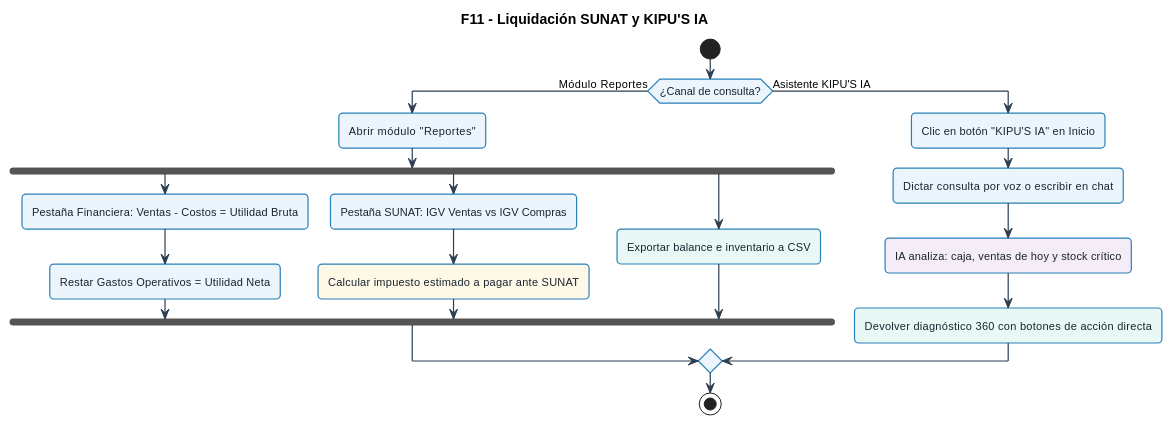
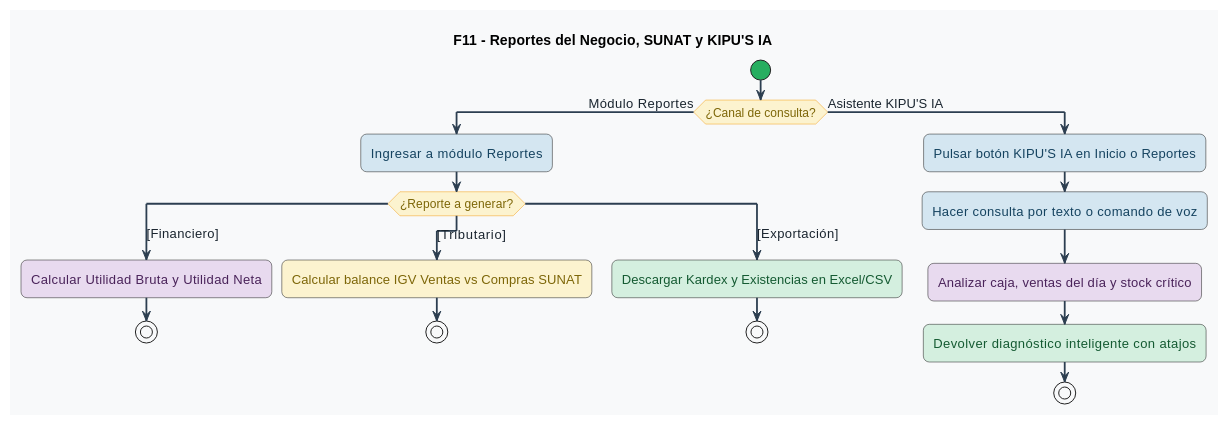
Diagram 11 of 11 in docs/UML-flujos/flujos-consolidados-kipu.md (xmenil/ERP-KIPUS), drawn with PlantUML before and after one commit. The commit also changed other lines of this file and 23 other files, not shown here.

Commit message:
docs: actualizar diagramas PlantUML estilo Bizagi BPMN y corregir advertencias de sintaxis

````diff
--- a/docs/UML-flujos/flujos-consolidados-kipu.md
+++ b/docs/UML-flujos/flujos-consolidados-kipu.md
@@ -662,51 +867,76 @@
 ```plantuml
 @startuml
+<style>
+activityDiagram {
+  BackgroundColor #F8F9FA
+  BorderColor #2C3E50
+  FontColor #1A252F
+  FontSize 13
+  FontName "Segoe UI", Arial, sans-serif
+  RoundCorner 12
+  Padding 10
+  Margin 8
+
+  .verde {
+    BackgroundColor #D4EFDF
+    BorderColor #27AE60
+    FontColor #145A32
+  }
+  .amarillo {
+    BackgroundColor #FCF3CF
+    BorderColor #F39C12
+    FontColor #7D6608
+  }
+  .azul {
+    BackgroundColor #D4E6F1
+    BorderColor #2980B9
+    FontColor #154360
+  }
+  .morado {
+    BackgroundColor #E8DAEF
+    BorderColor #8E44AD
+    FontColor #4A235A
+  }
+  .rojo {
+    BackgroundColor #FADBD8
+    BorderColor #C0392B
+    FontColor #78281F
+  }
+}
+</style>
+
 skinparam defaultFontName "Segoe UI", Arial, sans-serif
-skinparam defaultFontSize 11
-skinparam roundCorner 8
-skinparam shadowing false
 skinparam ArrowColor #2C3E50
-skinparam ArrowThickness 1.2
+skinparam ArrowThickness 1.8
+skinparam activityStartColor #27AE60
+skinparam activityEndColor #C0392B
+skinparam activityDiamondBackgroundColor #FCF3CF
+skinparam activityDiamondBorderColor #F39C12
+skinparam activityDiamondFontColor #7D6608
+skinparam activityDiamondFontSize 12
 
-skinparam activity {
-  BackgroundColor #EBF5FB
-  BorderColor #2980B9
-  BorderThickness 1.2
-  FontColor #1A252F
-}
-skinparam decision {
-  BackgroundColor #FEF9E7
-  BorderColor #F39C12
-  BorderThickness 1.2
-  FontColor #7D6608
-}
-skinparam start {
-  Color #27AE60
-}
-skinparam stop {
-  Color #C0392B
-}
-
-title F11 - Liquidación SUNAT y KIPU'S IA
+title F11 - Reportes del Negocio, SUNAT y KIPU'S IA
 
 start
 if (¿Canal de consulta?) then (Módulo Reportes)
-  :Abrir módulo "Reportes";
-  fork
-    :Pestaña Financiera: Ventas - Costos = Utilidad Bruta;
-    :Restar Gastos Operativos = Utilidad Neta;
-  fork again
-    :Pestaña SUNAT: IGV Ventas vs IGV Compras;
-    #FEF9E7:Calcular impuesto estimado a pagar ante SUNAT;
-  fork again
-    #E8F8F5:Exportar balance e inventario a CSV;
-  end fork
+  :Ingresar a módulo Reportes; <<azul>>
+  switch (¿Reporte a generar?)
+  case ([Financiero])
+    :Calcular Utilidad Bruta y Utilidad Neta; <<morado>>
+    stop
+  case ([Tributario])
+    :Calcular balance IGV Ventas vs Compras SUNAT; <<amarillo>>
+    stop
+  case ([Exportación])
+    :Descargar Kardex y Existencias en Excel/CSV; <<verde>>
+    stop
+  endswitch
 else (Asistente KIPU'S IA)
-  :Clic en botón "KIPU'S IA" en Inicio;
-  :Dictar consulta por voz o escribir en chat;
-  #F4ECF7:IA analiza: caja, ventas de hoy y stock crítico;
-  #E8F8F5:Devolver diagnóstico 360 con botones de acción directa;
+  :Pulsar botón KIPU'S IA en Inicio o Reportes; <<azul>>
+  :Hacer consulta por texto o comando de voz; <<azul>>
+  :Analizar caja, ventas del día y stock crítico; <<morado>>
+  :Devolver diagnóstico inteligente con atajos; <<verde>>
+  stop
 endif
-stop
 @enduml
 ```
````
